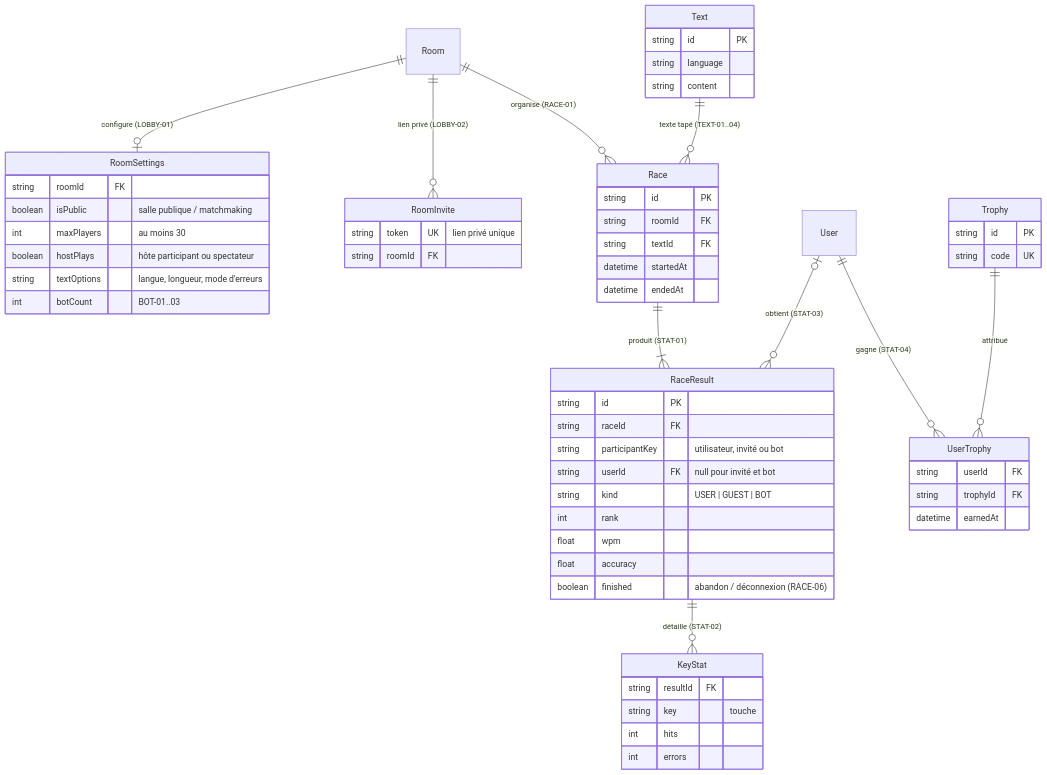
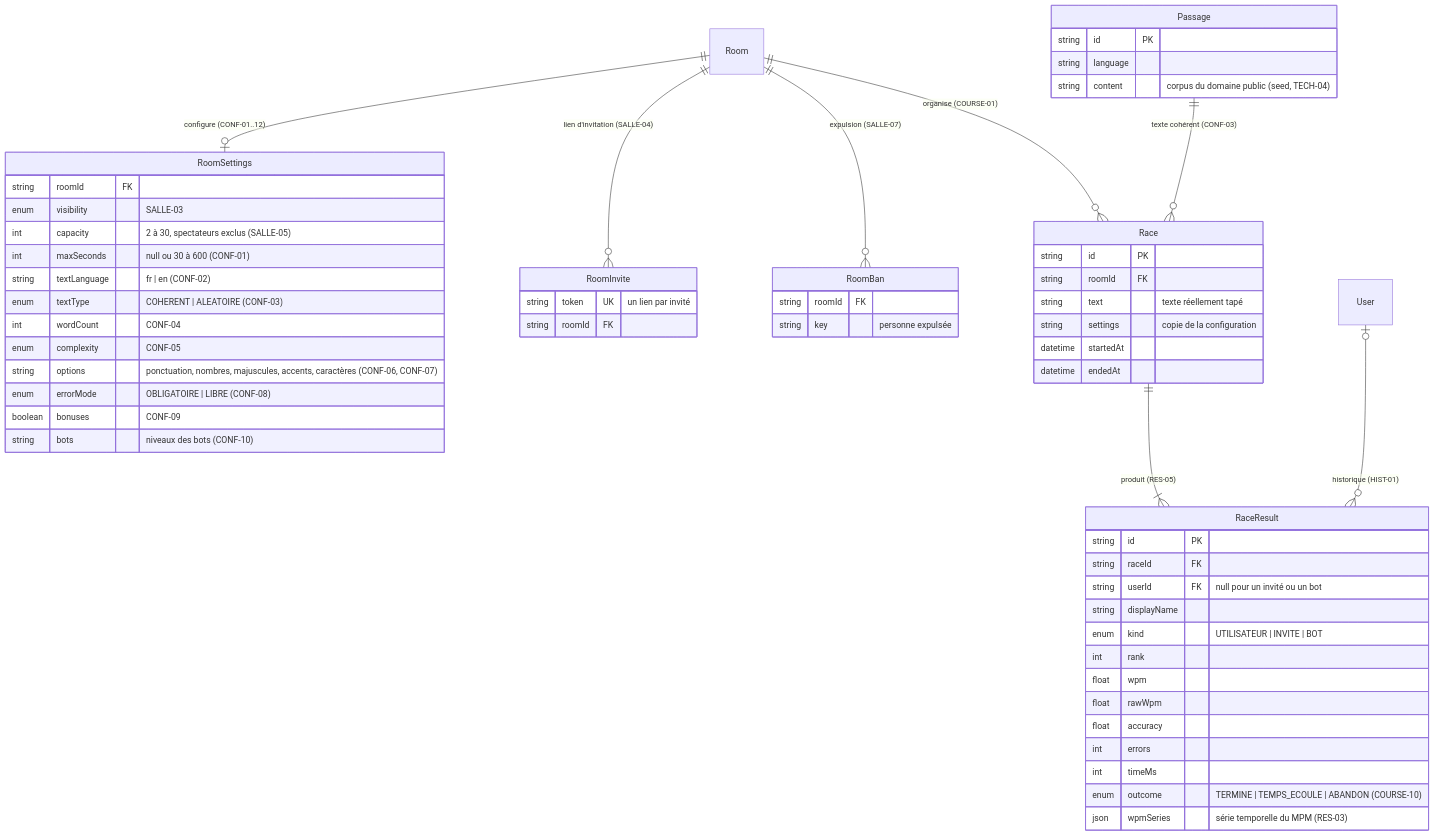
One commit to devzr24/typing-race changed the second of 2 diagrams in docs/architecture/modele-de-donnees.md. Above: the diagram before and after it, drawn with Mermaid. The commit also changed other lines of this file and 3 other files, not shown here.

Commit message:
docs: version initiale d'ARCHITECTURE.md et machine à états COURSE-01

````diff
--- a/docs/architecture/modele-de-donnees.md
+++ b/docs/architecture/modele-de-donnees.md
@@ -70,63 +72,61 @@
 ```mermaid
 erDiagram
-    Room ||--o| RoomSettings : "configure (LOBBY-01)"
-    Room ||--o{ RoomInvite : "lien privé (LOBBY-02)"
-    Room ||--o{ Race : "organise (RACE-01)"
-    Text ||--o{ Race : "texte tapé (TEXT-01..04)"
-    Race ||--|{ RaceResult : "produit (STAT-01)"
-    User |o--o{ RaceResult : "obtient (STAT-03)"
-    RaceResult ||--o{ KeyStat : "détaille (STAT-02)"
-    User ||--o{ UserTrophy : "gagne (STAT-04)"
-    Trophy ||--o{ UserTrophy : "attribué"
+    Room ||--o| RoomSettings : "configure (CONF-01..12)"
+    Room ||--o{ RoomInvite : "lien d'invitation (SALLE-04)"
+    Room ||--o{ RoomBan : "expulsion (SALLE-07)"
+    Room ||--o{ Race : "organise (COURSE-01)"
+    Passage ||--o{ Race : "texte cohérent (CONF-03)"
+    Race ||--|{ RaceResult : "produit (RES-05)"
+    User |o--o{ RaceResult : "historique (HIST-01)"
 
     RoomSettings {
         string roomId FK
-        boolean isPublic "salle publique / matchmaking"
-        int maxPlayers "au moins 30"
-        boolean hostPlays "hôte participant ou spectateur"
-        string textOptions "langue, longueur, mode d'erreurs"
-        int botCount "BOT-01..03"
+        enum visibility "SALLE-03"
+        int capacity "2 à 30, spectateurs exclus (SALLE-05)"
+        int maxSeconds "null ou 30 à 600 (CONF-01)"
+        string textLanguage "fr | en (CONF-02)"
+        enum textType "COHERENT | ALEATOIRE (CONF-03)"
+        int wordCount "CONF-04"
+        enum complexity "CONF-05"
+        string options "ponctuation, nombres, majuscules, accents, caractères (CONF-06, CONF-07)"
+        enum errorMode "OBLIGATOIRE | LIBRE (CONF-08)"
+        boolean bonuses "CONF-09"
+        string bots "niveaux des bots (CONF-10)"
     }
     RoomInvite {
-        string token UK "lien privé unique"
+        string token UK "un lien par invité"
         string roomId FK
+    }
+    RoomBan {
+        string roomId FK
+        string key "personne expulsée"
+    }
+    Passage {
+        string id PK
+        string language
+        string content "corpus du domaine public (seed, TECH-04)"
     }
     Race {
         string id PK
         string roomId FK
-        string textId FK
+        string text "texte réellement tapé"
+        string settings "copie de la configuration"
         datetime startedAt
         datetime endedAt
-    }
-    Text {
-        string id PK
-        string language
-        string content
     }
     RaceResult {
         string id PK
         string raceId FK
-        string participantKey "utilisateur, invité ou bot"
-        string userId FK "null pour invité et bot"
-        string kind "USER | GUEST | BOT"
+        string userId FK "null pour un invité ou un bot"
+        string displayName
+        enum kind "UTILISATEUR | INVITE | BOT"
         int rank
         float wpm
+        float rawWpm
         float accuracy
-        boolean finished "abandon / déconnexion (RACE-06)"
-    }
-    KeyStat {
-        string resultId FK
-        string key "touche"
-        int hits
         int errors
-    }
-    Trophy {
-        string id PK
-        string code UK
-    }
-    UserTrophy {
-        string userId FK
-        string trophyId FK
-        datetime earnedAt
+        int timeMs
+        enum outcome "TERMINE | TEMPS_ECOULE | ABANDON (COURSE-10)"
+        json wpmSeries "série temporelle du MPM (RES-03)"
     }
 ```
````
